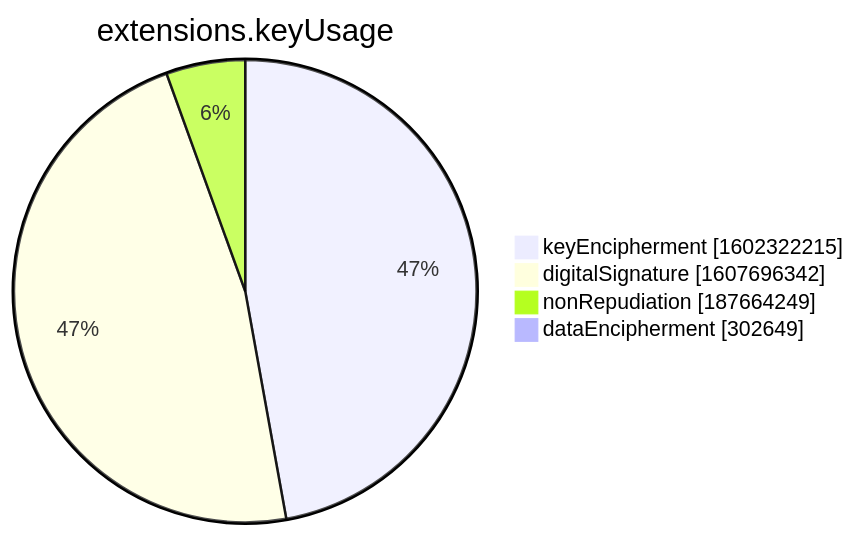
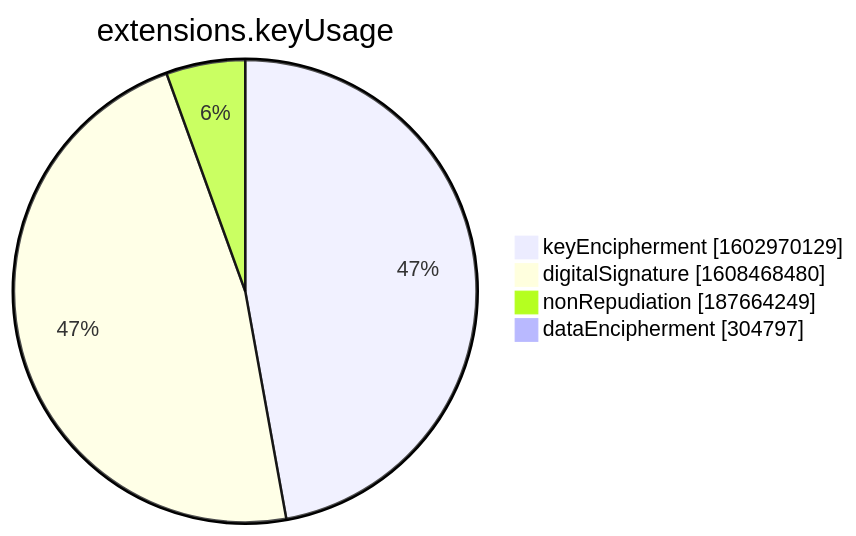
Before and after one commit to christiankrug/ctmonitor_visualization: the seventh of 15 diagrams in xenon2022/README.md, drawn with Mermaid. The commit also changed other lines of this file, not shown here.

````diff
--- a/xenon2022/README.md
+++ b/xenon2022/README.md
@@ -2854,8 +2855,8 @@
 ```mermaid
 pie showData
 title extensions.keyUsage
-"keyEncipherment" :1602322215
-"digitalSignature" :1607696342
+"keyEncipherment" :1602970129
+"digitalSignature" :1608468480
 "nonRepudiation" :187664249
-"dataEncipherment" :302649
+"dataEncipherment" :304797
 ```
````
